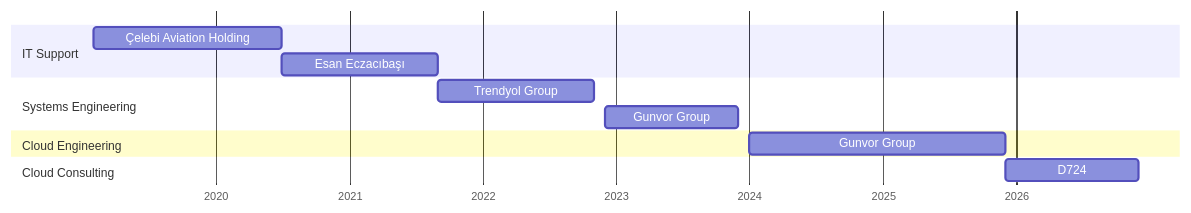
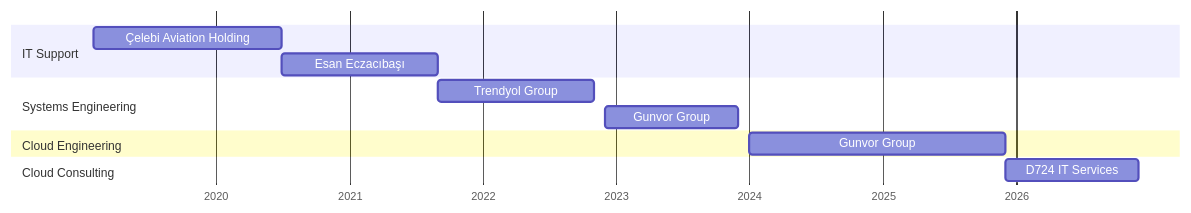
The first of 3 diagrams in _tabs/about.md (ozanberkpolat/ozanberkpolat.github.io), drawn with Mermaid before and after one commit.

Commit message:
name change

````diff
--- a/_tabs/about.md
+++ b/_tabs/about.md
@@ -23,19 +23,19 @@
 ```mermaid
 gantt
     dateFormat  YYYY-MM
     axisFormat  %Y
 
     section IT Support
     Çelebi Aviation Holding       :2019-02, 2020-07
     Esan Eczacıbaşı               :2020-07, 2021-09
 
     section Systems Engineering
     Trendyol Group                :2021-09, 2022-11
     Gunvor Group                  :2022-12, 2023-12
 
     section Cloud Engineering
     Gunvor Group                  :2024-01, 2025-12
 
     section Cloud Consulting
-    D724                          :2025-12, 2026-12
+    D724 IT Services              :2025-12, 2026-12
 ```
````
